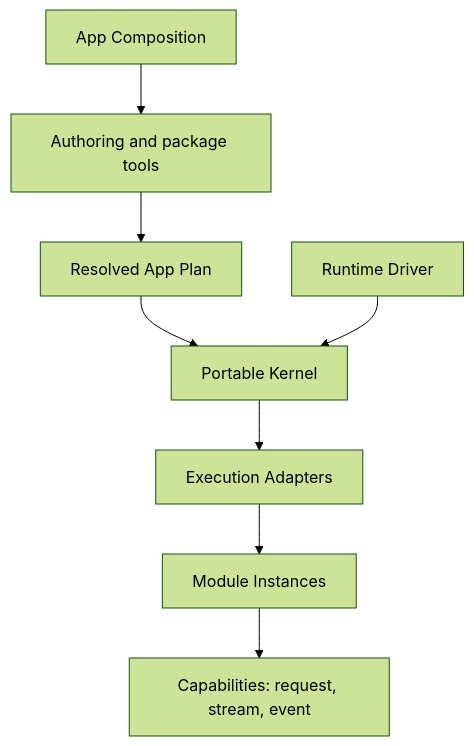
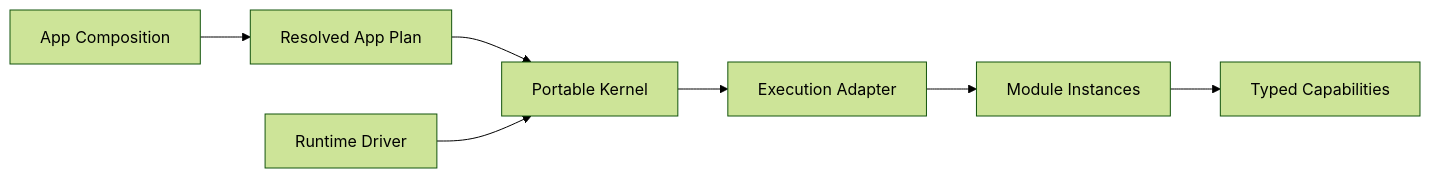
One commit to LioRael/lenso-site changed the diagram in content/docs/index.mdx. Above: the diagram before and after it, drawn with Mermaid (forest theme). The commit also changed other lines of this file and 33 other files, not shown here.

````diff
--- a/content/docs/index.mdx
+++ b/content/docs/index.mdx
@@ -35,10 +26,9 @@
 ```mermaid
-flowchart TD
-  C[App Composition] --> A[Authoring and package tools]
-  A --> P[Resolved App Plan]
+flowchart LR
+  A[App Composition] --> P[Resolved App Plan]
   P --> K[Portable Kernel]
   D[Runtime Driver] --> K
-  K --> E[Execution Adapters]
+  K --> E[Execution Adapter]
   E --> M[Module Instances]
-  M --> Q[Capabilities: request, stream, event]
+  M --> C[Typed Capabilities]
 ```
````
